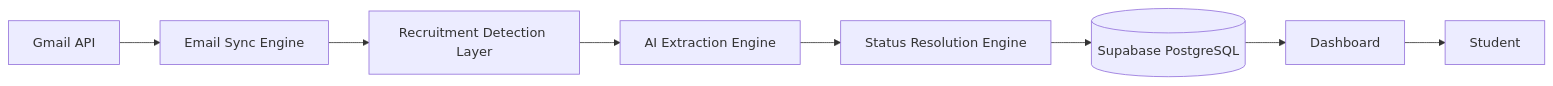
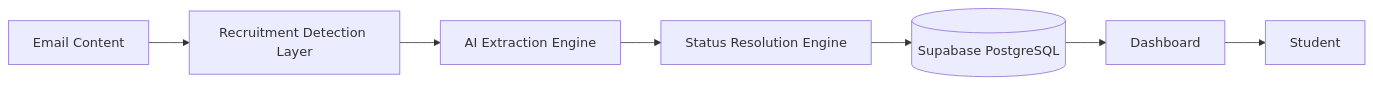
The first of 2 diagrams in README.md (DivyanshGarg380/Internship_Tracker), drawn with Mermaid before and after one commit. The commit also changed other lines of this file, not shown here.

````diff
--- a/README.md
+++ b/README.md
@@ -341,19 +343,17 @@
 ```mermaid
 flowchart LR
 
-    GMAIL[Gmail API]
+    EMAIL[Email Content]
 
-    GMAIL --> SYNC[Email Sync Engine]
-
-    SYNC --> DETECT[Recruitment Detection Layer]
+    EMAIL --> DETECT[Recruitment Detection Layer]
 
     DETECT --> AI[AI Extraction Engine]
 
     AI --> RESOLVE[Status Resolution Engine]
 
     RESOLVE --> DB[(Supabase PostgreSQL)]
 
     DB --> DASH[Dashboard]
 
     DASH --> USER[Student]
 ```
````
